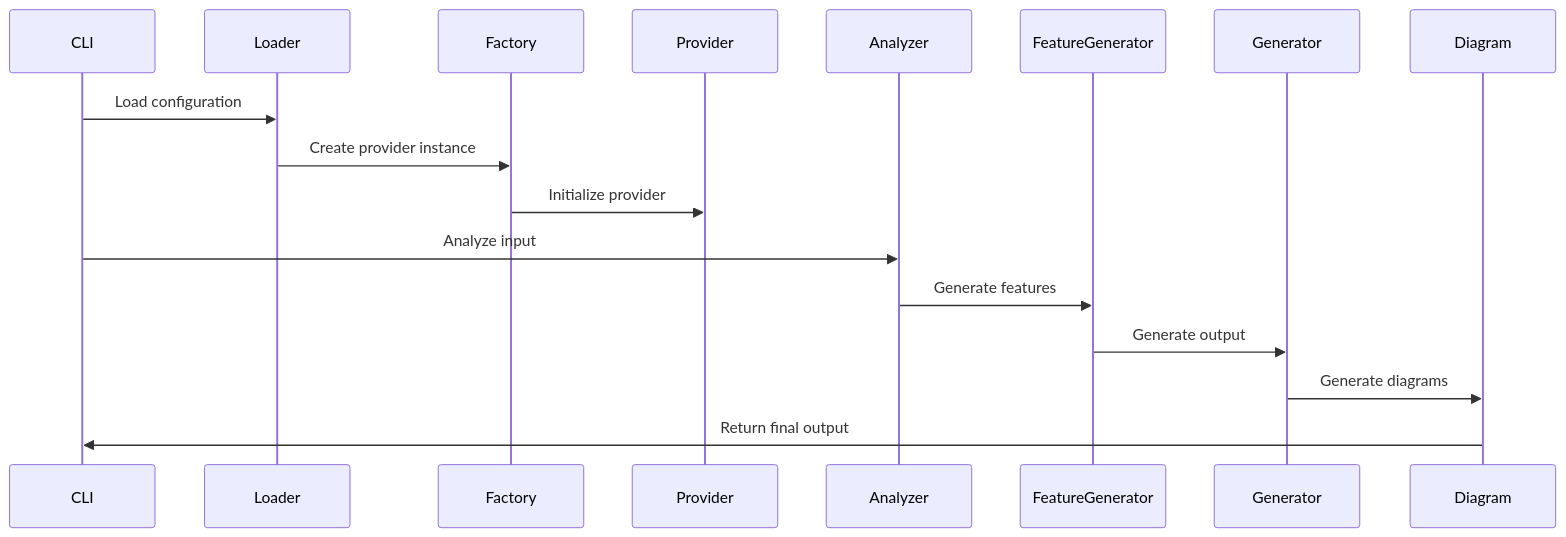
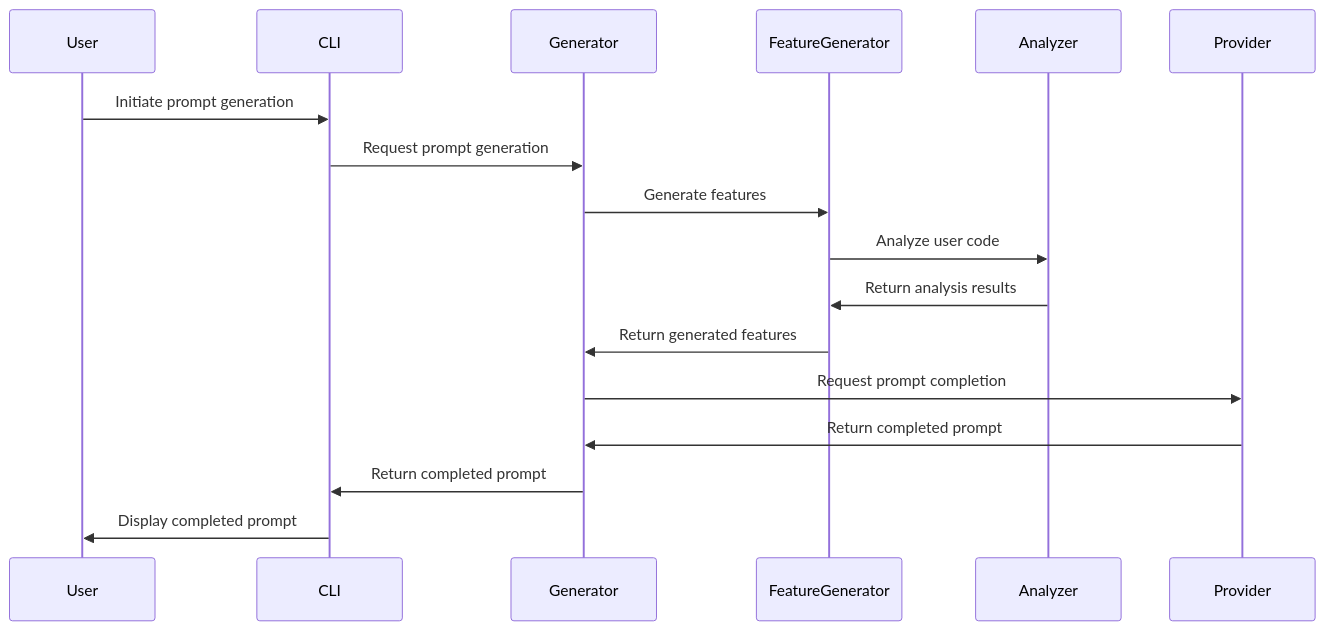
Before and after one commit to Source-Scribe/sourcescribe-core: the first of 4 diagrams in website/docs/api-reference/architecture/components.md, drawn with Mermaid. The commit also changed other lines of this file and 2 other files, not shown here.

````diff
--- a/website/docs/api-reference/architecture/components.md
+++ b/website/docs/api-reference/architecture/components.md
@@ -34,20 +53,20 @@
 ```mermaid
 sequenceDiagram
+    participant User
     participant CLI
-    participant Loader
-    participant Factory
+    participant Generator
+    participant FeatureGenerator
+    participant Analyzer
     participant Provider
-    participant Analyzer
-    participant FeatureGenerator
-    participant Generator
-    participant Diagram
 
-    CLI->>Loader: Load configuration
-    Loader->>Factory: Create provider instance
-    Factory->>Provider: Initialize provider
-    CLI->>Analyzer: Analyze input
-    Analyzer->>FeatureGenerator: Generate features
-    FeatureGenerator->>Generator: Generate output
-    Generator->>Diagram: Generate diagrams
-    Diagram->>CLI: Return final output
+    User->>CLI: Initiate prompt generation
+    CLI->>Generator: Request prompt generation
+    Generator->>FeatureGenerator: Generate features
+    FeatureGenerator->>Analyzer: Analyze user code
+    Analyzer->>FeatureGenerator: Return analysis results
+    FeatureGenerator->>Generator: Return generated features
+    Generator->>Provider: Request prompt completion
+    Provider->>Generator: Return completed prompt
+    Generator->>CLI: Return completed prompt
+    CLI->>User: Display completed prompt
 ```
````
